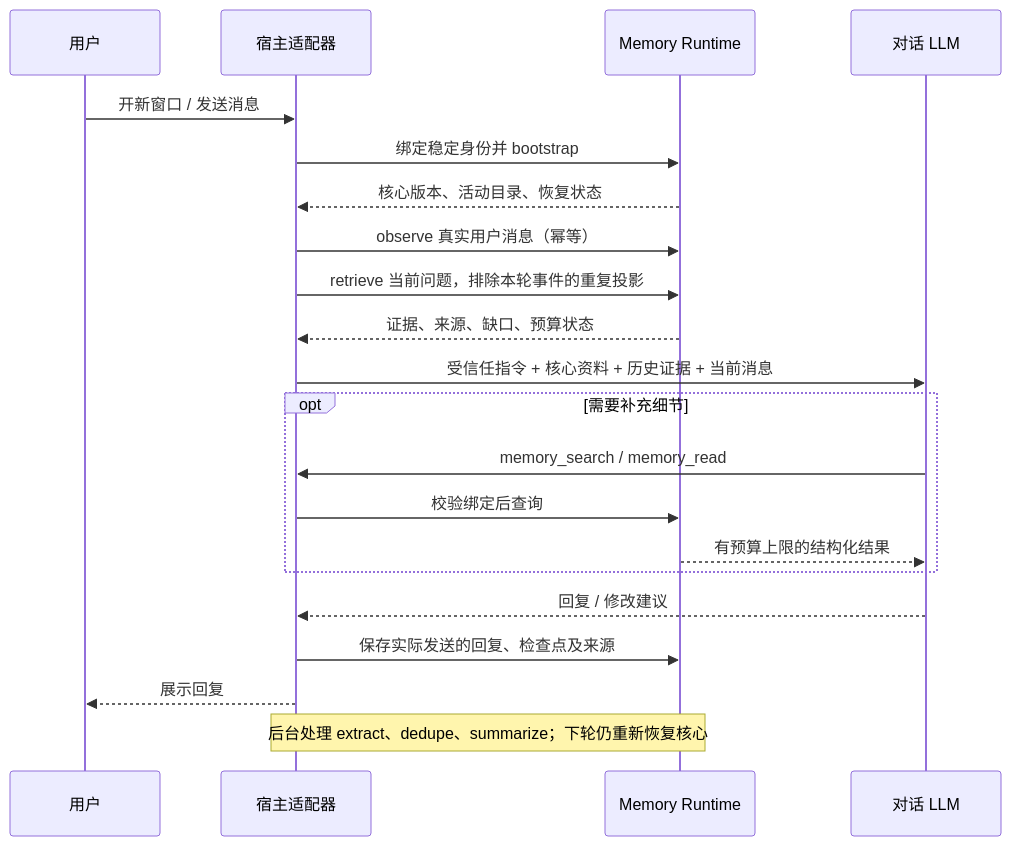
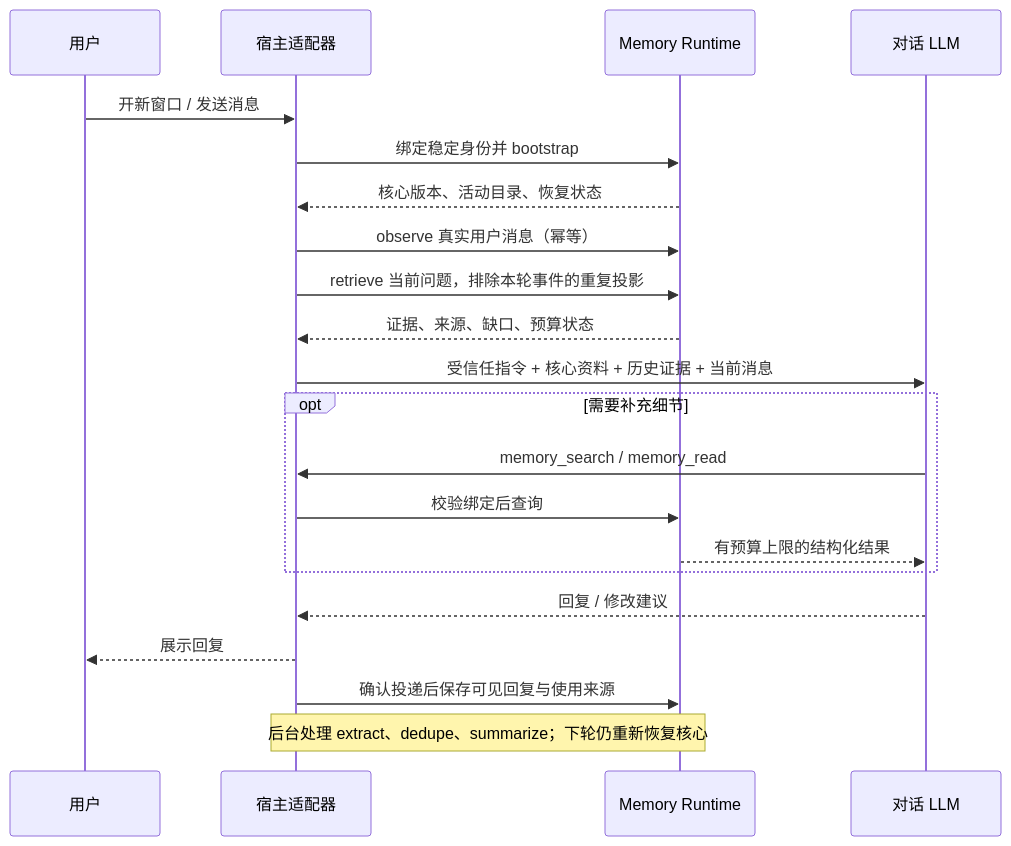
One commit to Evergardenxxx/dsh-MemoryDreaming changed the second of 2 diagrams in docs/architecture-v0.2.md. Above: the diagram before and after it, drawn with Mermaid. The commit also changed other lines of this file and 31 other files, not shown here.

````diff
--- a/docs/architecture-v0.2.md
+++ b/docs/architecture-v0.2.md
@@ -105,23 +107,23 @@
 ```mermaid
 sequenceDiagram
     participant U as 用户
     participant H as 宿主适配器
     participant R as Memory Runtime
     participant L as 对话 LLM
     U->>H: 开新窗口 / 发送消息
     H->>R: 绑定稳定身份并 bootstrap
     R-->>H: 核心版本、活动目录、恢复状态
     H->>R: observe 真实用户消息（幂等）
     H->>R: retrieve 当前问题，排除本轮事件的重复投影
     R-->>H: 证据、来源、缺口、预算状态
     H->>L: 受信任指令 + 核心资料 + 历史证据 + 当前消息
     opt 需要补充细节
         L->>H: memory_search / memory_read
         H->>R: 校验绑定后查询
         R-->>L: 有预算上限的结构化结果
     end
     L-->>H: 回复 / 修改建议
-    H->>R: 保存实际发送的回复、检查点及来源
     H-->>U: 展示回复
+    H->>R: 确认投递后保存可见回复与使用来源
     Note over H,R: 后台处理 extract、dedupe、summarize；下轮仍重新恢复核心
 ```
````
